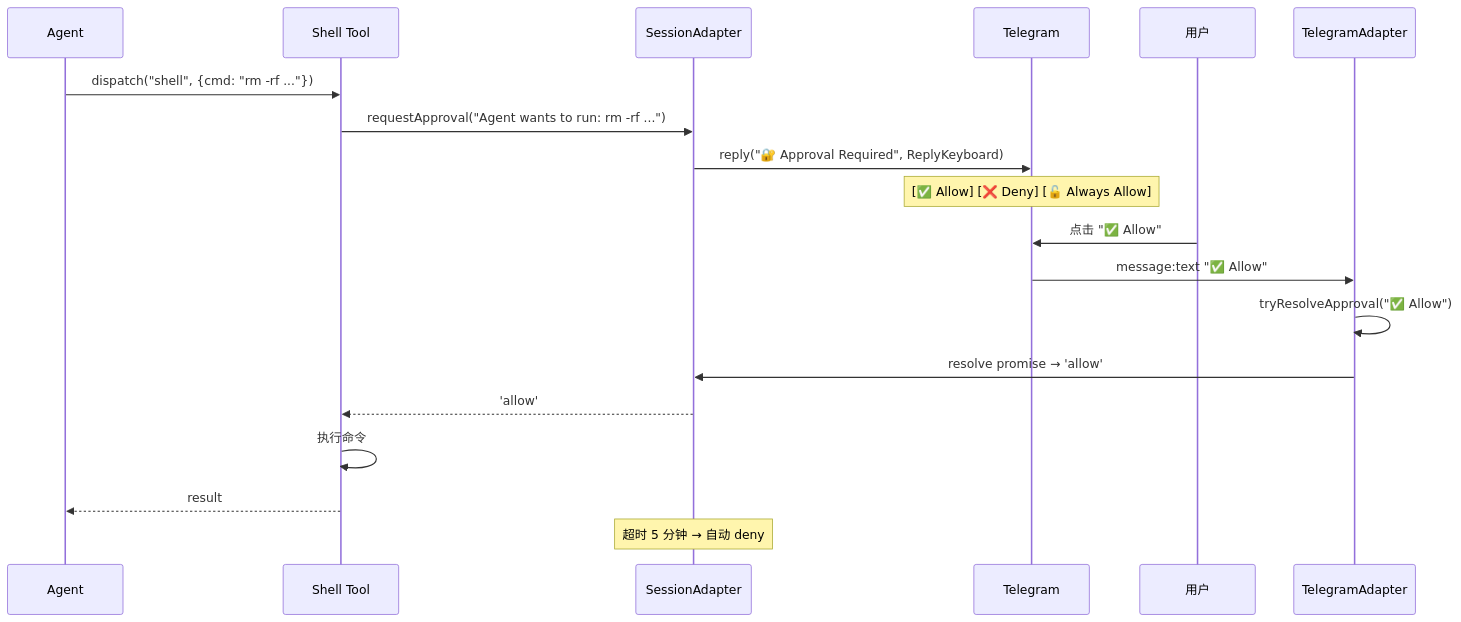
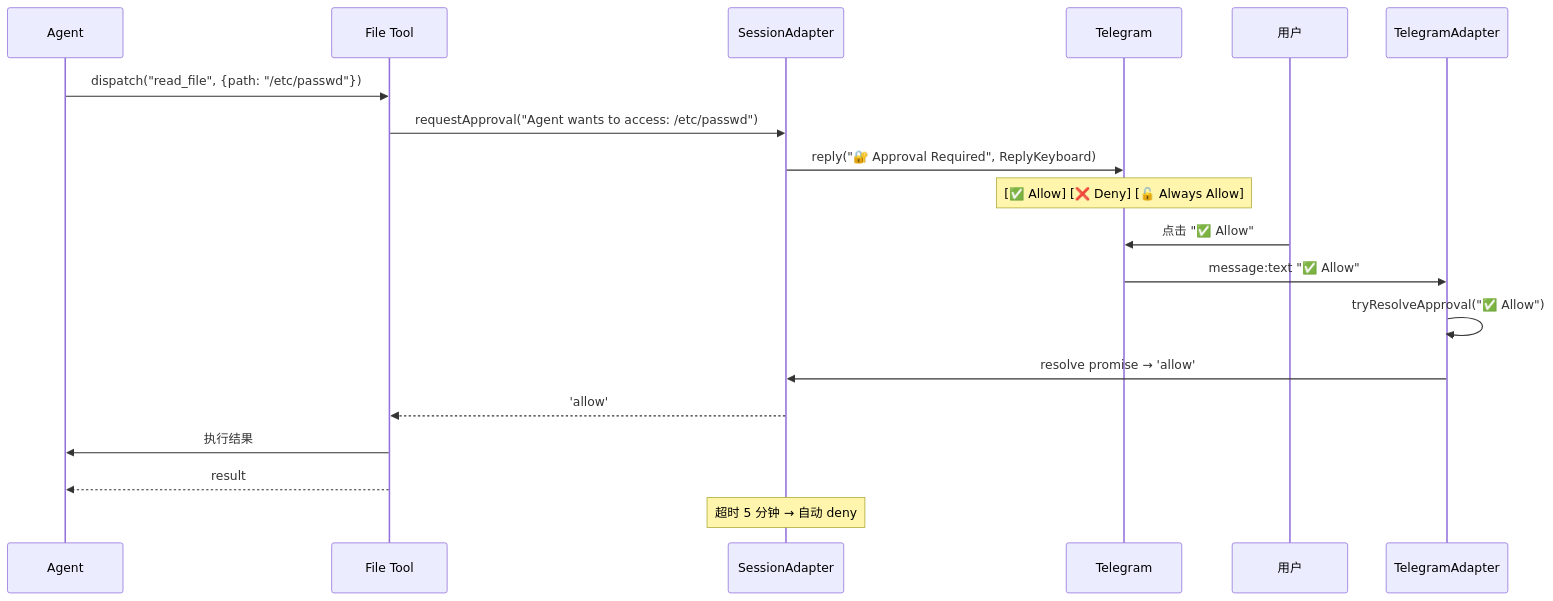
Diagram 12 of 14 in docs/telegram.md (boltguo/anya), drawn with Mermaid before and after one commit. The commit also changed other lines of this file and 48 other files, not shown here.

````diff
--- a/docs/telegram.md
+++ b/docs/telegram.md
@@ -428,24 +426,24 @@
 ```mermaid
 sequenceDiagram
     participant Agent as Agent
-    participant Tool as Shell Tool
+    participant Tool as File Tool
     participant TSA as SessionAdapter
     participant TG as Telegram
     participant User as 用户
     participant TA as TelegramAdapter
 
-    Agent->>Tool: dispatch("shell", {cmd: "rm -rf ..."})
-    Tool->>TSA: requestApproval("Agent wants to run: rm -rf ...")
+    Agent->>Tool: dispatch("read_file", {path: "/etc/passwd"})
+    Tool->>TSA: requestApproval("Agent wants to access: /etc/passwd")
     TSA->>TG: reply("🔐 Approval Required", ReplyKeyboard)
     Note over TG: [✅ Allow] [❌ Deny] [🔓 Always Allow]
 
     User->>TG: 点击 "✅ Allow"
     TG->>TA: message:text "✅ Allow"
     TA->>TA: tryResolveApproval("✅ Allow")
     TA->>TSA: resolve promise → 'allow'
     TSA-->>Tool: 'allow'
-    Tool->>Tool: 执行命令
+    Tool->>Agent: 执行结果
     Tool-->>Agent: result
 
     Note over TSA: 超时 5 分钟 → 自动 deny
 ```
````
